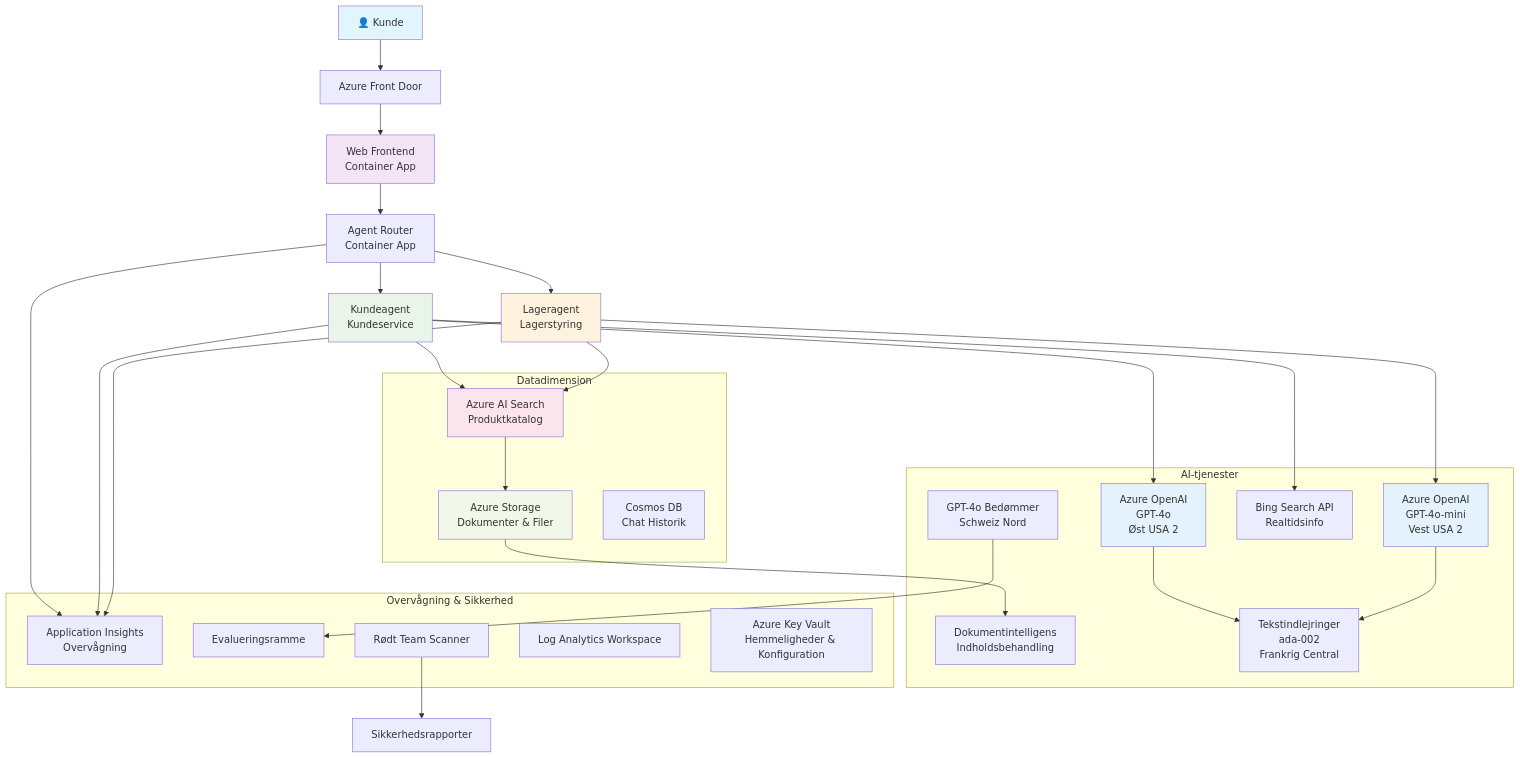
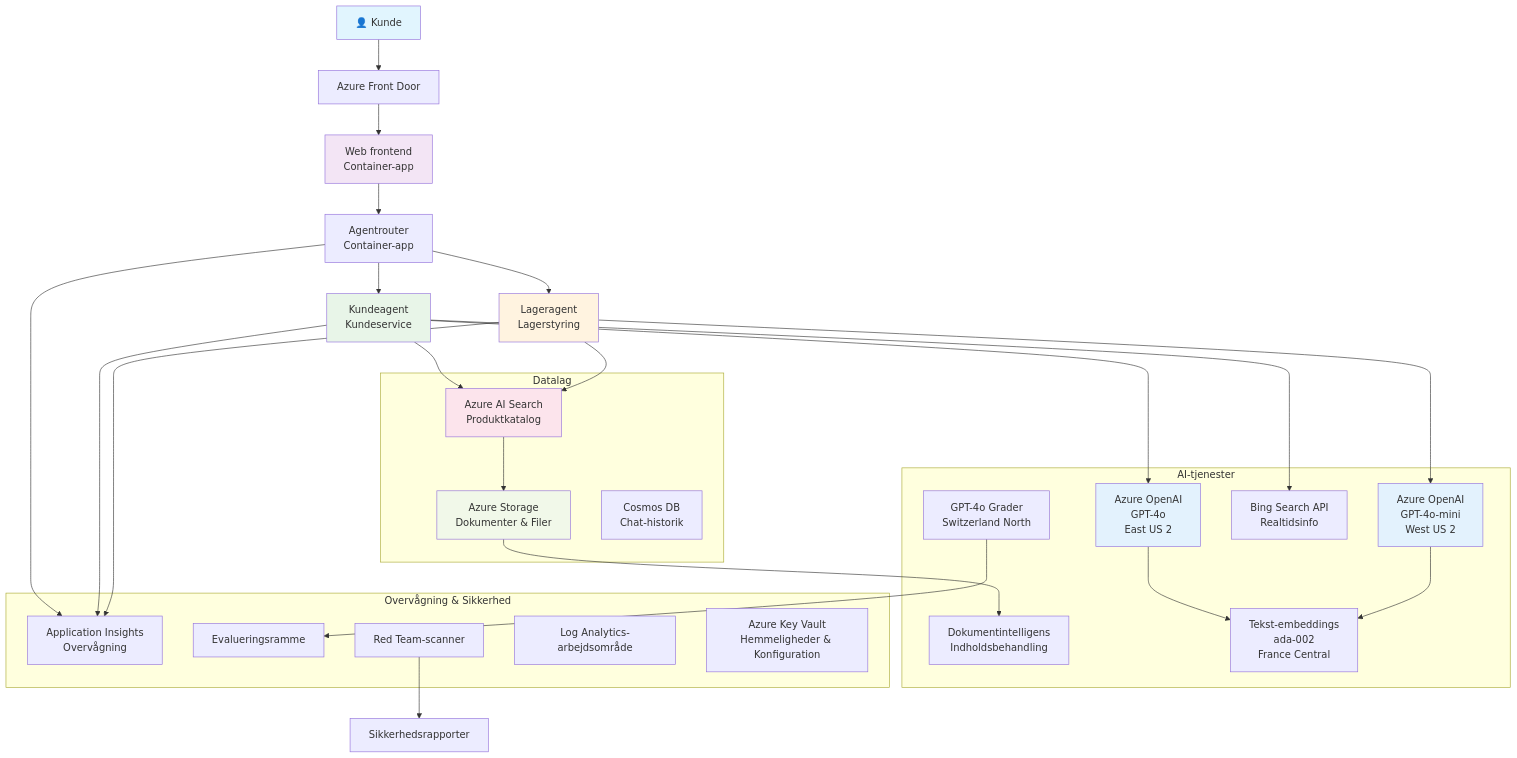
Before and after one commit to microsoft/AZD-for-beginners: the diagram in translations/da/examples/retail-scenario.md, drawn with Mermaid. The commit also changed other lines of this file and 242 other files, not shown here.

````diff
--- a/translations/da/examples/retail-scenario.md
+++ b/translations/da/examples/retail-scenario.md
@@ -148,61 +139,61 @@
 ```mermaid
 graph TB
     User[👤 Kunde] --> LB[Azure Front Door]
-    LB --> WebApp[Web Frontend<br/>Container App]
+    LB --> WebApp[Web frontend<br/>Container-app]
     
-    WebApp --> Router[Agent Router<br/>Container App]
+    WebApp --> Router[Agentrouter<br/>Container-app]
     Router --> CustomerAgent[Kundeagent<br/>Kundeservice]
     Router --> InvAgent[Lageragent<br/>Lagerstyring]
     
-    CustomerAgent --> OpenAI1[Azure OpenAI<br/>GPT-4o<br/>Øst USA 2]
-    InvAgent --> OpenAI2[Azure OpenAI<br/>GPT-4o-mini<br/>Vest USA 2]
+    CustomerAgent --> OpenAI1[Azure OpenAI<br/>GPT-4o<br/>East US 2]
+    InvAgent --> OpenAI2[Azure OpenAI<br/>GPT-4o-mini<br/>West US 2]
     
     CustomerAgent --> AISearch[Azure AI Search<br/>Produktkatalog]
     CustomerAgent --> BingSearch[Bing Search API<br/>Realtidsinfo]
     InvAgent --> AISearch
     
     AISearch --> Storage[Azure Storage<br/>Dokumenter & Filer]
     Storage --> DocIntel[Dokumentintelligens<br/>Indholdsbehandling]
     
-    OpenAI1 --> Embeddings[Tekstindlejringer<br/>ada-002<br/>Frankrig Central]
+    OpenAI1 --> Embeddings[Tekst-embeddings<br/>ada-002<br/>France Central]
     OpenAI2 --> Embeddings
     
     Router --> AppInsights[Application Insights<br/>Overvågning]
     CustomerAgent --> AppInsights
     InvAgent --> AppInsights
     
-    GraderModel[GPT-4o Bedømmer<br/>Schweiz Nord] --> Evaluation[Evalueringsramme]
-    RedTeam[Rødt Team Scanner] --> SecurityReports[Sikkerhedsrapporter]
+    GraderModel[GPT-4o Grader<br/>Switzerland North] --> Evaluation[Evalueringsramme]
+    RedTeam[Red Team-scanner] --> SecurityReports[Sikkerhedsrapporter]
     
-    subgraph "Datadimension"
+    subgraph "Datalag"
         Storage
         AISearch
-        CosmosDB[Cosmos DB<br/>Chat Historik]
+        CosmosDB[Cosmos DB<br/>Chat-historik]
     end
     
     subgraph "AI-tjenester"
         OpenAI1
         OpenAI2
         Embeddings
         GraderModel
         DocIntel
         BingSearch
     end
     
     subgraph "Overvågning & Sikkerhed"
         AppInsights
-        LogAnalytics[Log Analytics Workspace]
+        LogAnalytics[Log Analytics-arbejdsområde]
         KeyVault[Azure Key Vault<br/>Hemmeligheder & Konfiguration]
         RedTeam
         Evaluation
     end
     
     style User fill:#e1f5fe
     style WebApp fill:#f3e5f5
     style CustomerAgent fill:#e8f5e8
     style InvAgent fill:#fff3e0
     style OpenAI1 fill:#e3f2fd
     style OpenAI2 fill:#e3f2fd
     style AISearch fill:#fce4ec
     style Storage fill:#f1f8e9
 ```
````
